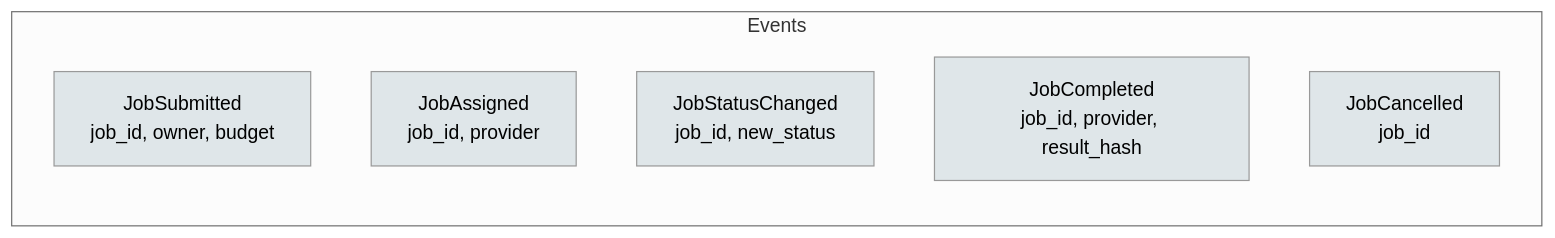
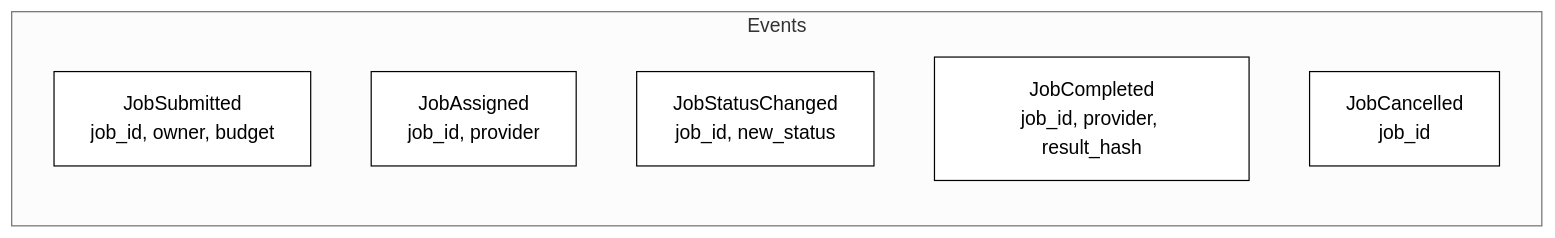
The tenth of 12 diagrams in ai_job_queue/README.md (PolkaMesh/PolkaMesh-Contracts), drawn with Mermaid (neutral theme) before and after one commit. The commit also changed other lines of this file and 4 other files, not shown here.

````diff
--- a/ai_job_queue/README.md
+++ b/ai_job_queue/README.md
@@ -234,16 +234,16 @@
 ```mermaid
 graph LR
     subgraph Events
         E1[JobSubmitted<br/>job_id, owner, budget]
         E2[JobAssigned<br/>job_id, provider]
         E3[JobStatusChanged<br/>job_id, new_status]
         E4[JobCompleted<br/>job_id, provider, result_hash]
         E5[JobCancelled<br/>job_id]
     end
 
-    style E1 fill:#dfe6e9
-    style E2 fill:#dfe6e9
-    style E3 fill:#dfe6e9
-    style E4 fill:#dfe6e9
-    style E5 fill:#dfe6e9
+    style E1 fill:#ffffff,stroke:#000000,color:#000000
+    style E2 fill:#ffffff,stroke:#000000,color:#000000
+    style E3 fill:#ffffff,stroke:#000000,color:#000000
+    style E4 fill:#ffffff,stroke:#000000,color:#000000
+    style E5 fill:#ffffff,stroke:#000000,color:#000000
 ```
````
